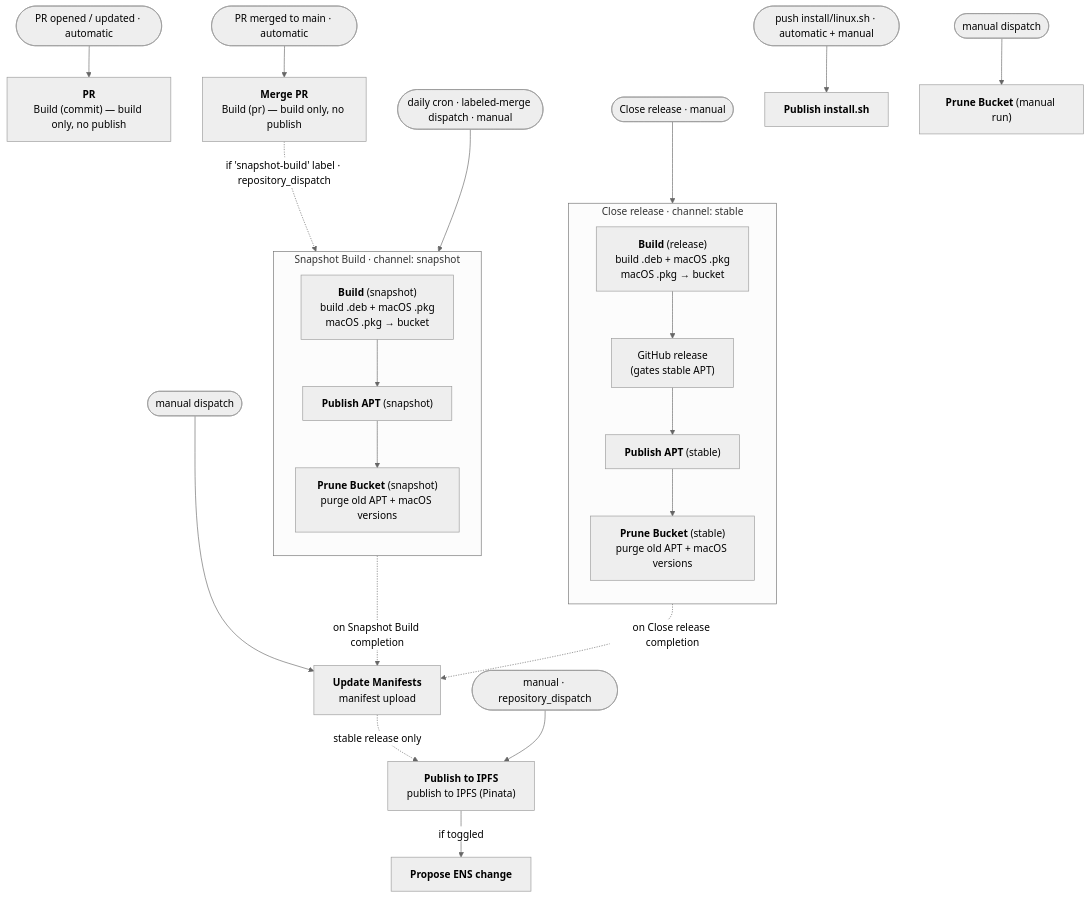
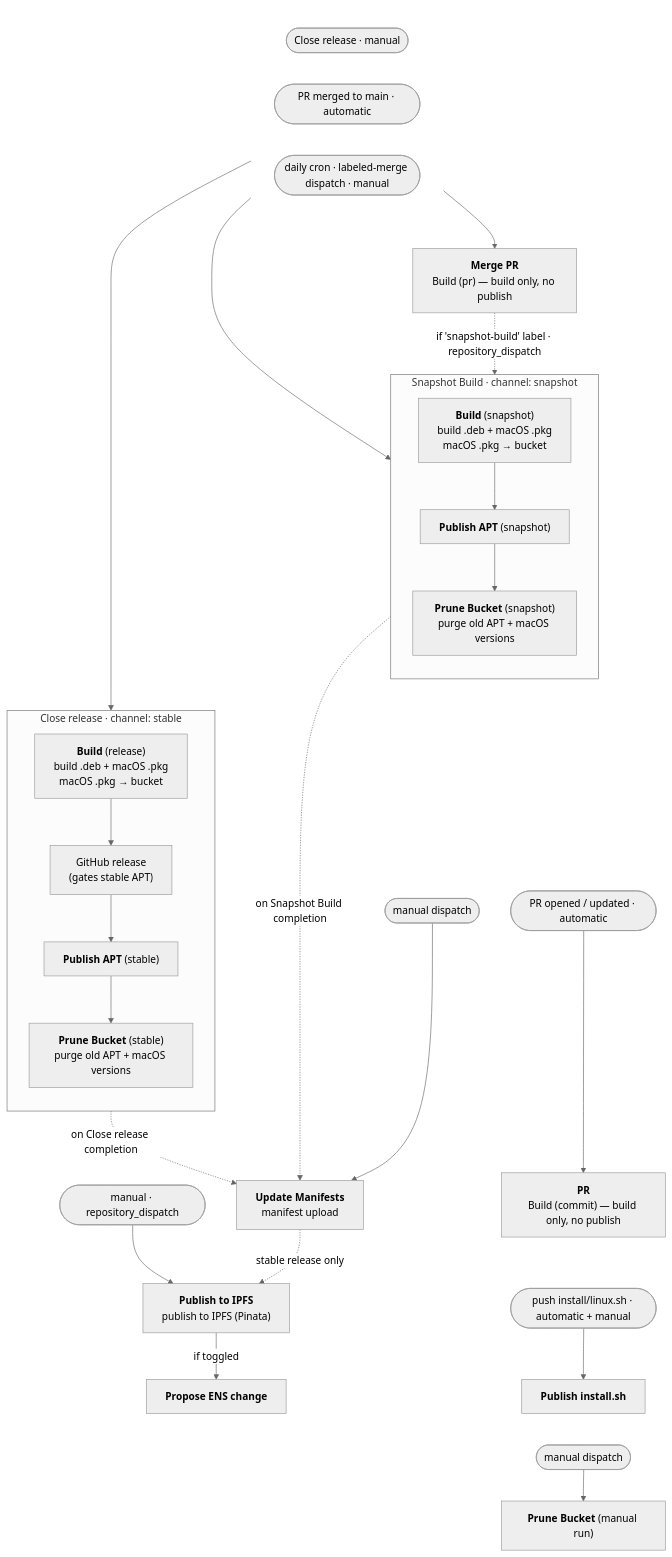
One commit to gnosis/gnosis_vpn changed the diagram in README.md. Above: the diagram before and after it, drawn with Mermaid (neutral theme). The commit also changed other lines of this file, not shown here.

````diff
--- a/README.md
+++ b/README.md
@@ -208,36 +231,57 @@
 ```mermaid
 flowchart TD
+    %% ---------------- Layout only: keep the three entry triggers on one row at the top ----------------
+    %% A transparent subgraph laid out left-to-right pins its members to a single rank,
+    %% regardless of how deep each trigger's downstream chain runs.
+    subgraph TRIG[" "]
+      direction LR
+      trRel([Close release · manual])
+      trMerge([PR merged to main · automatic])
+      trSnap([daily cron · labeled-merge dispatch · manual])
+    end
+    style TRIG fill:transparent,stroke:transparent
+
     %% ---------------- Dev builds (no publish) ----------------
-    trPR([PR opened / updated · automatic]) --> PR["<b>PR</b><br/>Build (commit) — build only, no publish"]
-    trMerge([PR merged to main · automatic]) --> MERGE["<b>Merge PR</b><br/>Build (pr) — build only, no publish"]
+    trMerge --> MERGE["<b>Merge PR</b><br/>Build (pr) — build only, no publish"]
     MERGE -. "if 'snapshot-build' label · repository_dispatch" .-> NBUILD
 
     %% ---------------- Stable channel ----------------
-    trRel([Close release · manual]) --> SBUILD
+    trRel --> SBUILD
     subgraph S["Close release · channel: stable"]
       direction TB
       SBUILD["<b>Build</b> (release)<br/>build .deb + macOS .pkg<br/>macOS .pkg → bucket"] --> SGH["GitHub release<br/>(gates stable APT)"]
       SGH --> SAPT["<b>Publish APT</b> (stable)"]
       SAPT --> SPRUNE["<b>Prune Bucket</b> (stable)<br/>purge old APT + macOS versions"]
     end
 
     %% ---------------- Snapshot channel ----------------
-    trSnap([daily cron · labeled-merge dispatch · manual]) --> NBUILD
+    trSnap --> NBUILD
     subgraph N["Snapshot Build · channel: snapshot"]
       direction TB
       NBUILD["<b>Build</b> (snapshot)<br/>build .deb + macOS .pkg<br/>macOS .pkg → bucket"] --> NAPT["<b>Publish APT</b> (snapshot)"]
       NAPT --> NPRUNE["<b>Prune Bucket</b> (snapshot)<br/>purge old APT + macOS versions"]
     end
 
     %% ---------------- Manifests → IPFS → ENS ----------------
     SPRUNE -. "on Close release completion" .-> MAN
     NPRUNE -. "on Snapshot Build completion" .-> MAN
     trMan([manual dispatch]) --> MAN["<b>Update Manifests</b><br/>manifest upload"]
     MAN -. "stable release only" .-> IPFS["<b>Publish to IPFS</b><br/>publish to IPFS (Pinata)"]
     trIpfs([manual · repository_dispatch]) --> IPFS
     IPFS -->|if toggled| ENS["<b>Propose ENS change</b>"]
 
-    %% ---------------- Standalone ----------------
+    %% ---------------- Far-right column: PR build + standalone publishers ----------------
+    trPR([PR opened / updated · automatic]) --> PR["<b>PR</b><br/>Build (commit) — build only, no publish"]
     trPush([push install/linux.sh · automatic + manual]) --> INSTALL["<b>Publish install.sh</b>"]
     trPruneM([manual dispatch]) --> PRUNEM["<b>Prune Bucket</b> (manual run)"]
+
+    %% ---------------- Layout only: invisible links (~~~), no semantic meaning ----------------
+    %% manifests group sits below the snapshot group
+    NPRUNE ~~~ trMan
+    %% attach the standalone column to the snapshot group's right so it packs far right,
+    %% declared after trMan so it biases to the right of the manifests column
+    NPRUNE ~~~ trPR
+    %% stack the far-right column (PR build → install.sh → manual prune) top-to-bottom
+    PR ~~~ trPush
+    INSTALL ~~~ trPruneM
 ```
````
